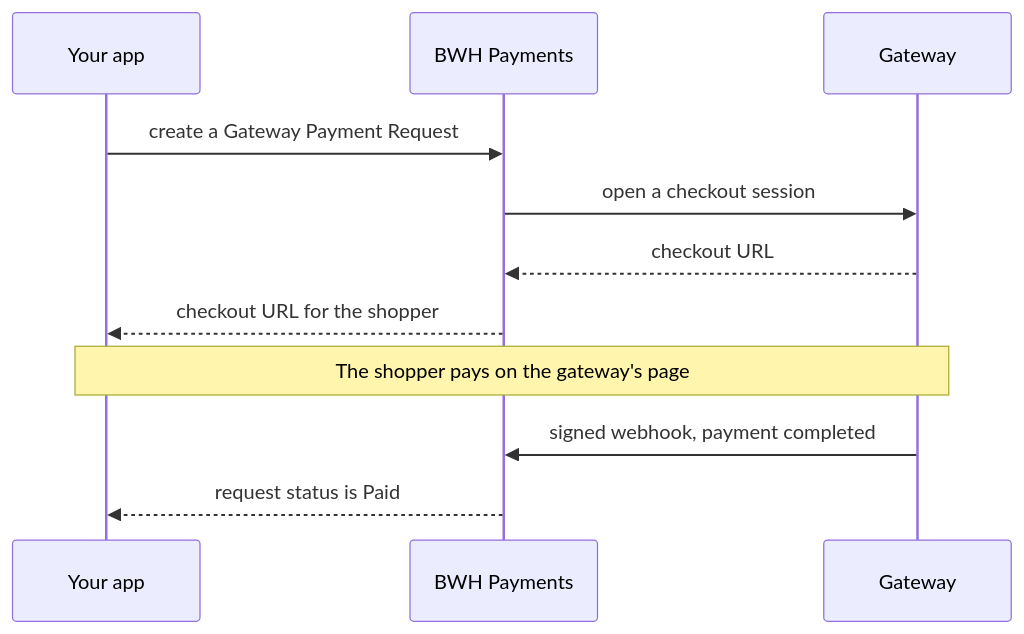
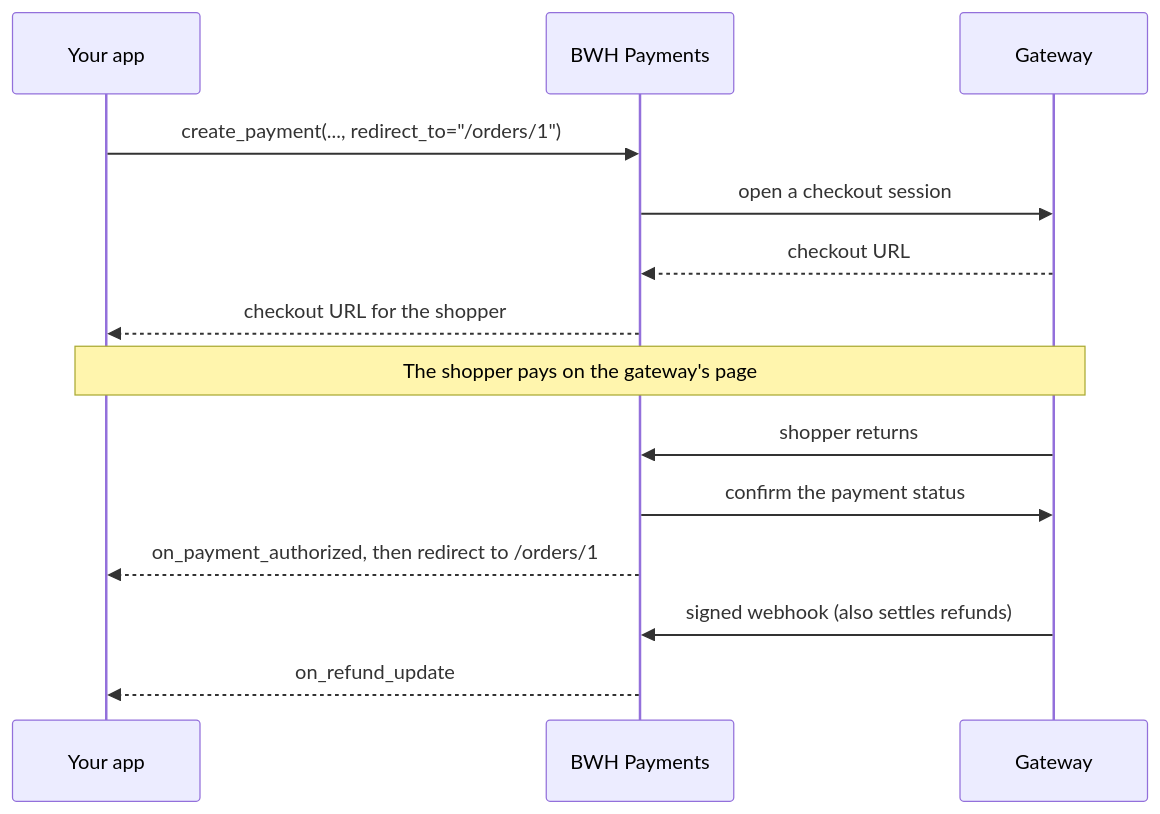
Before and after one commit to bwhtech/bwh_payments: the diagram in README.md, drawn with Mermaid. The commit also changed other lines of this file and 1 other file, not shown here.

First line of the commit message:
docs: describe refunds, return pages, webhook queue and the frappe/payments move

````diff
--- a/README.md
+++ b/README.md
@@ -40,14 +43,17 @@
 ```mermaid
 sequenceDiagram
     participant App as Your app
     participant BP as BWH Payments
     participant GW as Gateway
 
-    App->>BP: create a Gateway Payment Request
+    App->>BP: create_payment(..., redirect_to="/orders/1")
     BP->>GW: open a checkout session
     GW-->>BP: checkout URL
     BP-->>App: checkout URL for the shopper
     Note over App,GW: The shopper pays on the gateway's page
-    GW->>BP: signed webhook, payment completed
-    BP-->>App: request status is Paid
+    GW->>BP: shopper returns
+    BP->>GW: confirm the payment status
+    BP-->>App: on_payment_authorized, then redirect to /orders/1
+    GW->>BP: signed webhook (also settles refunds)
+    BP-->>App: on_refund_update
 ```
````
